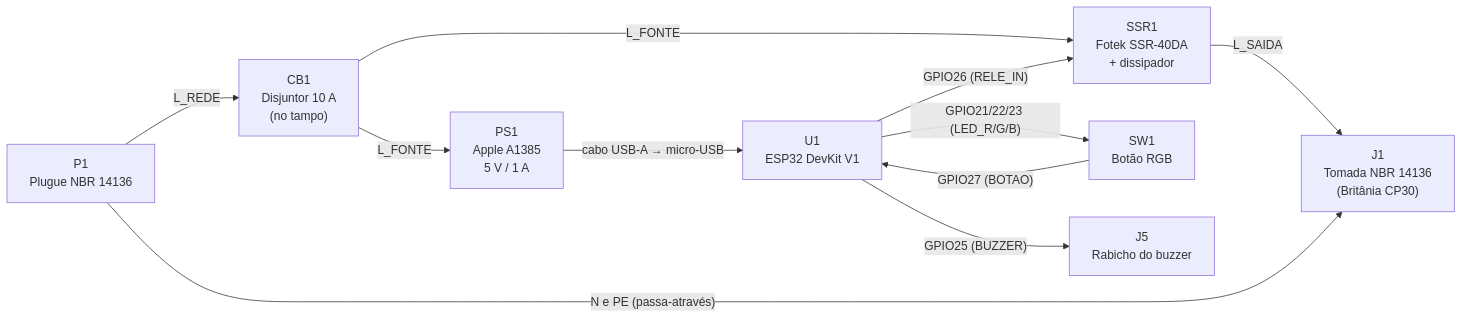
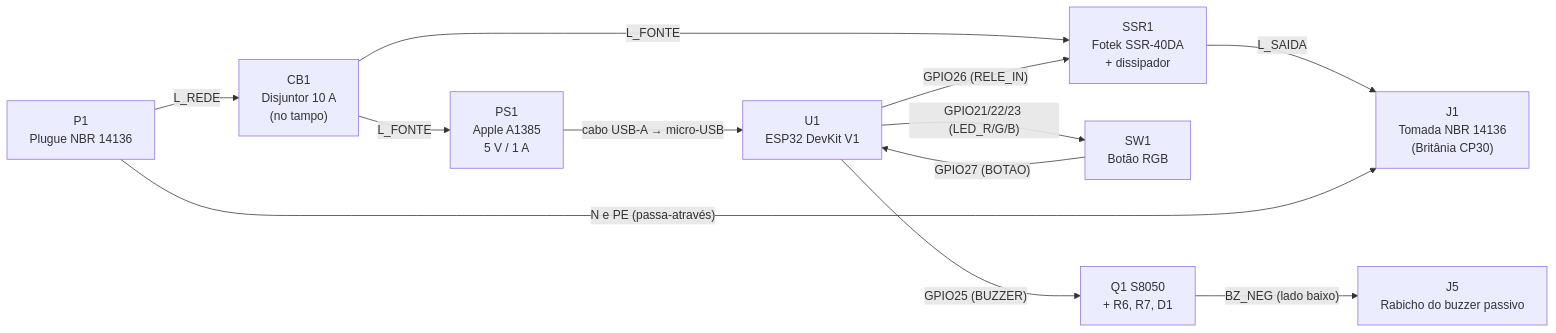
The first of 2 diagrams in hardware/README.md (Tavaressan/cafey), drawn with Mermaid before and after one commit. The commit also changed other lines of this file and 2 other files, not shown here.

First line of the commit message:
feat(hardware): estagio npn do buzzer passivo no esquematico rev. b (#311)

````diff
--- a/hardware/README.md
+++ b/hardware/README.md
@@ -17,13 +17,14 @@
 ```mermaid
 flowchart LR
     P1["P1<br/>Plugue NBR 14136"] -->|L_REDE| CB1["CB1<br/>Disjuntor 10 A<br/>(no tampo)"]
     CB1 -->|L_FONTE| SSR1["SSR1<br/>Fotek SSR-40DA<br/>+ dissipador"]
     CB1 -->|L_FONTE| PS1["PS1<br/>Apple A1385<br/>5 V / 1 A"]
     SSR1 -->|L_SAIDA| J1["J1<br/>Tomada NBR 14136<br/>(Britânia CP30)"]
     P1 -->|"N e PE (passa-através)"| J1
     PS1 -->|"cabo USB-A → micro-USB"| U1["U1<br/>ESP32 DevKit V1"]
     U1 -->|"GPIO26 (RELE_IN)"| SSR1
     SW1["SW1<br/>Botão RGB"] -->|"GPIO27 (BOTAO)"| U1
     U1 -->|"GPIO21/22/23 (LED_R/G/B)"| SW1
-    U1 -->|"GPIO25 (BUZZER)"| J5["J5<br/>Rabicho do buzzer"]
+    U1 -->|"GPIO25 (BUZZER)"| Q1["Q1 S8050<br/>+ R6, R7, D1"]
+    Q1 -->|"BZ_NEG (lado baixo)"| J5["J5<br/>Rabicho do buzzer passivo"]
 ```
````
